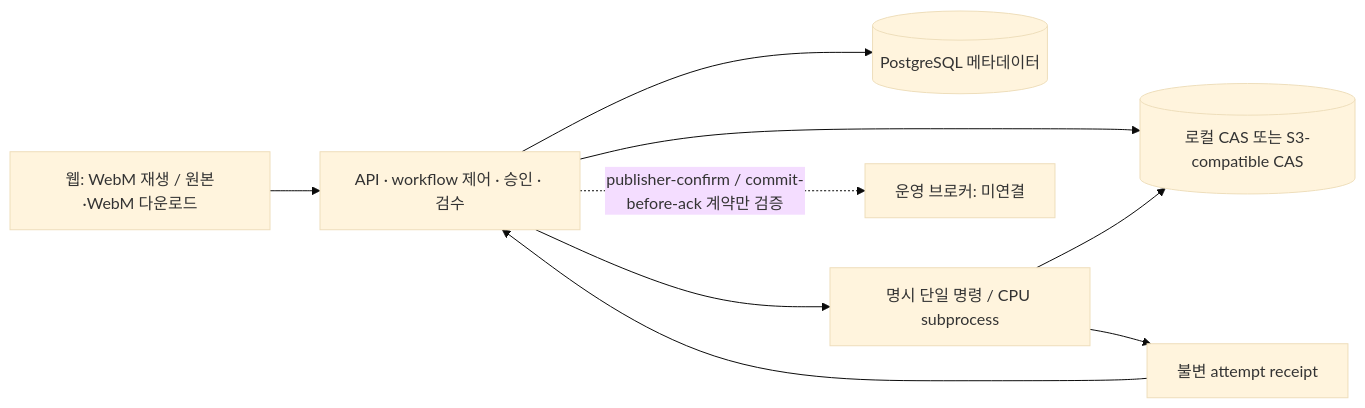
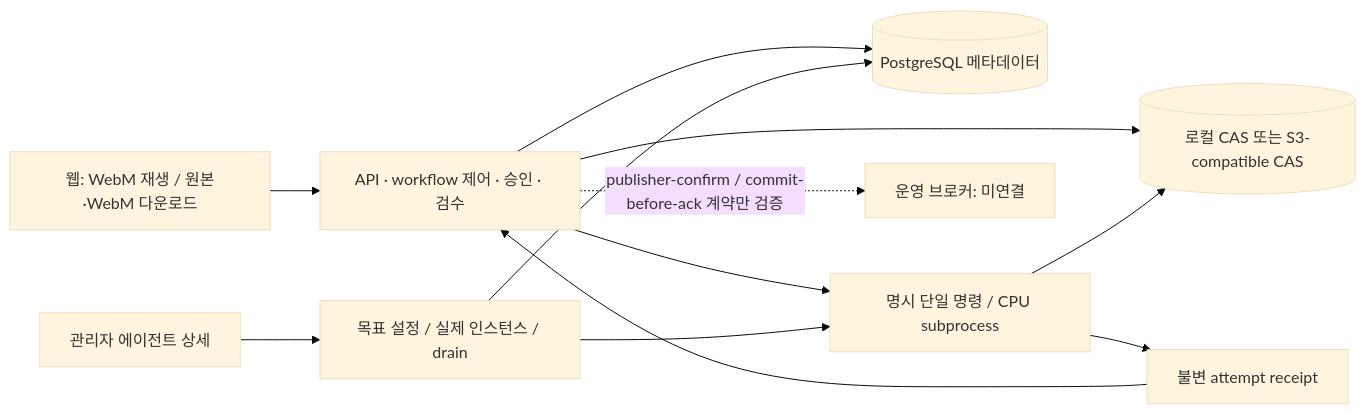
The diagram in docs/plans/architect.md (orderthan31/mediagent), drawn with Mermaid (base theme) before and after one commit. The commit also changed other lines of this file and 34 other files, not shown here.

First line of the commit message:
feat(renewal): add admin-gated CPU fleet operations

````diff
--- a/docs/plans/architect.md
+++ b/docs/plans/architect.md
@@ -13,11 +13,14 @@
 ```mermaid
 flowchart LR
   Web[웹: WebM 재생 / 원본·WebM 다운로드] --> App[API · workflow 제어 · 승인 · 검수]
   App --> PG[(PostgreSQL 메타데이터)]
   App --> CPU[명시 단일 명령 / CPU subprocess]
+  Admin[관리자 에이전트 상세] --> Fleet[목표 설정 / 실제 인스턴스 / drain]
+  Fleet --> PG
+  Fleet --> CPU
   App --> Objects[(로컬 CAS 또는 S3-compatible CAS)]
   CPU --> Objects
   CPU --> Receipt[불변 attempt receipt]
   Receipt --> App
   App -. publisher-confirm / commit-before-ack 계약만 검증 .-> Broker[운영 브로커: 미연결]
 ```
````
